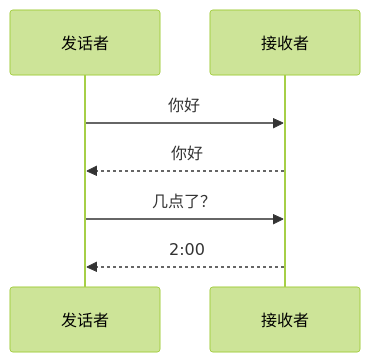
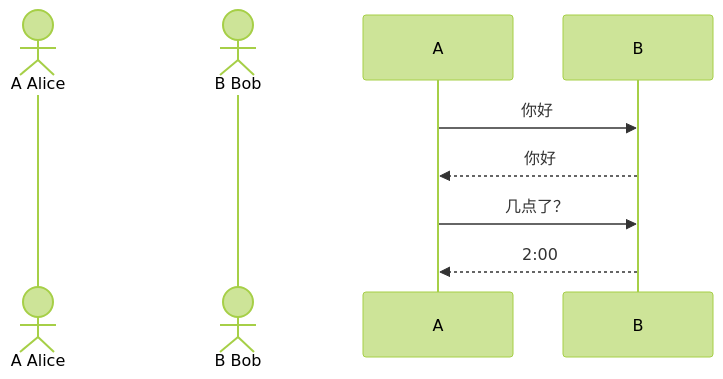
One commit to Meer-Matze/Meer-Matze.github.io changed the first of 10 diagrams in src/content/posts/计算机网络和因特网.md. Above: the diagram before and after it, drawn with Mermaid (forest theme). The commit also changed other lines of this file, not shown here.

````diff
--- a/src/content/posts/计算机网络和因特网.md
+++ b/src/content/posts/计算机网络和因特网.md
@@ -238,9 +145,9 @@
 ```mermaid
 sequenceDiagram
-    participant A as 发话者
-    participant B as 接收者
+    actor A Alice
+    actor B Bob
     A->>B: 你好
     B-->>A: 你好
     A->>B: 几点了？
     B-->>A: 2:00
 ```
````
